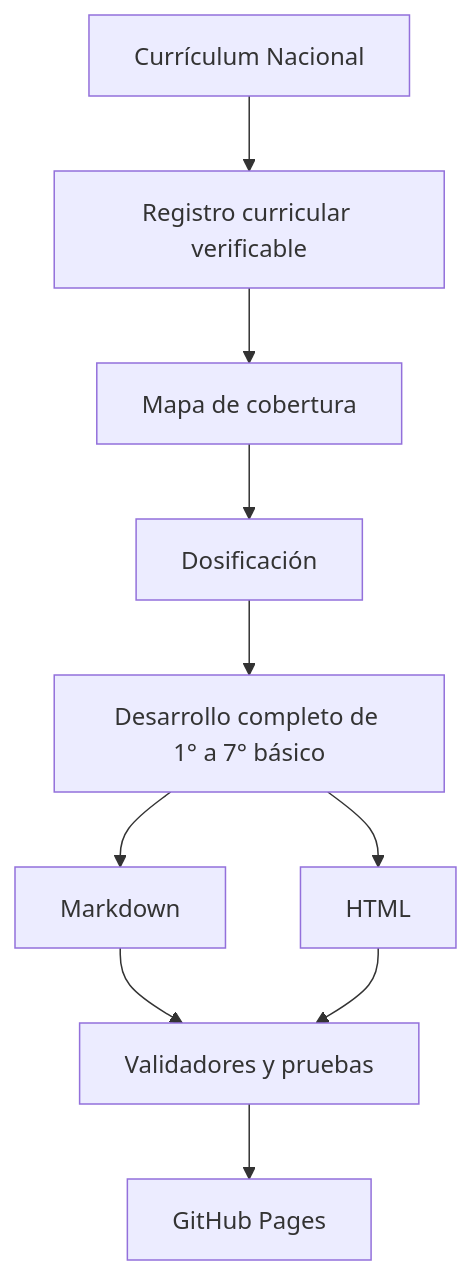
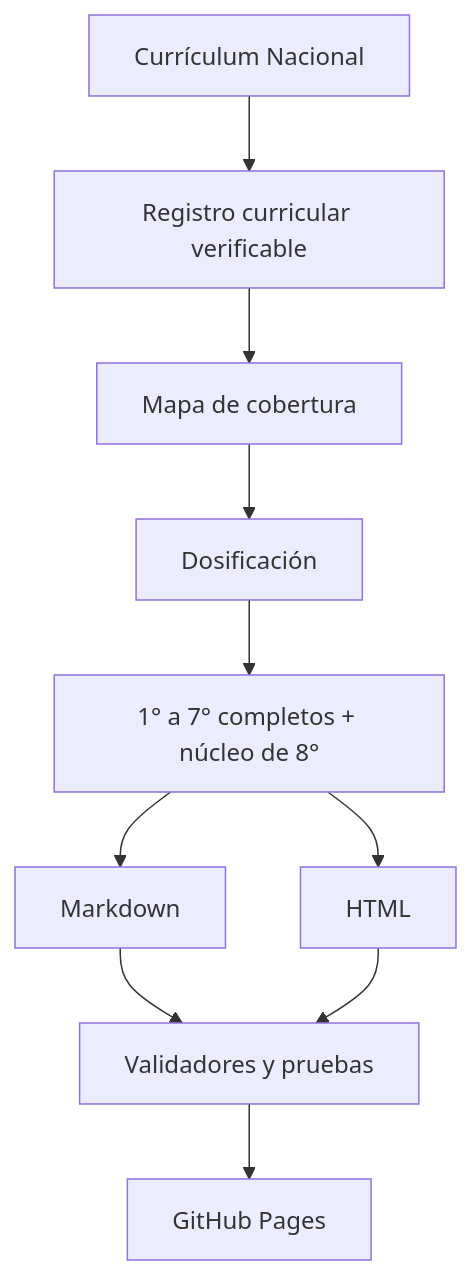
The second of 2 diagrams in README.md (vladimiracunadev-create/chilean-school-learning-path), drawn with Mermaid before and after one commit. The commit also changed other lines of this file and 184 other files, not shown here.

````diff
--- a/README.md
+++ b/README.md
@@ -364,12 +368,12 @@
 ```mermaid
 flowchart TD
     A[Currículum Nacional] --> B[Registro curricular verificable]
     B --> C[Mapa de cobertura]
     C --> D[Dosificación]
-    D --> E[Desarrollo completo de 1° a 7° básico]
+    D --> E[1° a 7° completos + núcleo de 8°]
     E --> F[Markdown]
     E --> G[HTML]
     F --> H[Validadores y pruebas]
     G --> H
     H --> I[GitHub Pages]
 ```
````
